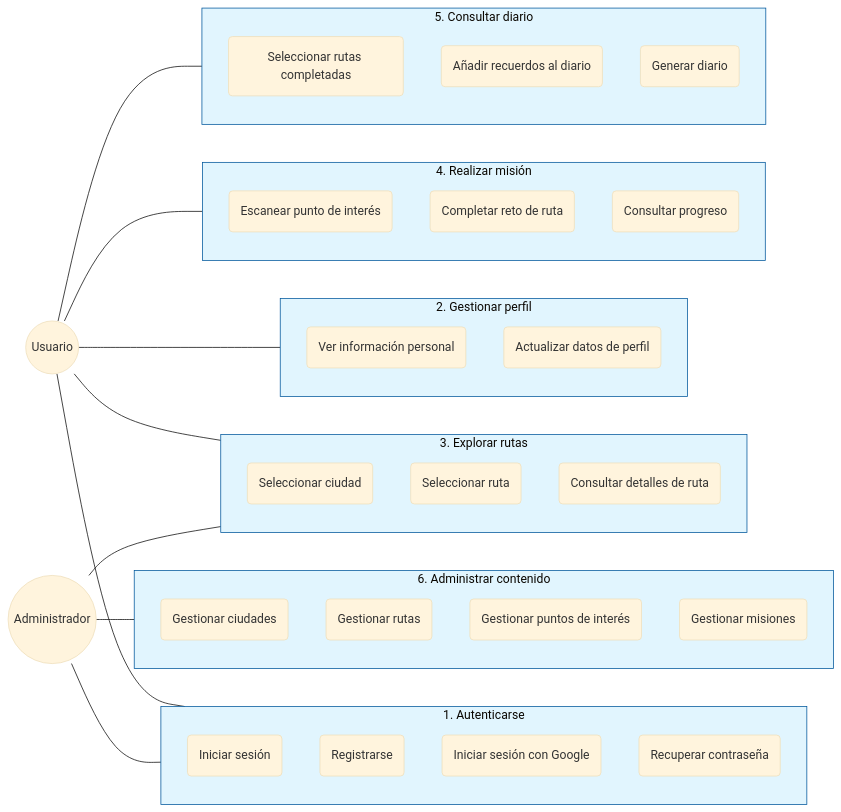
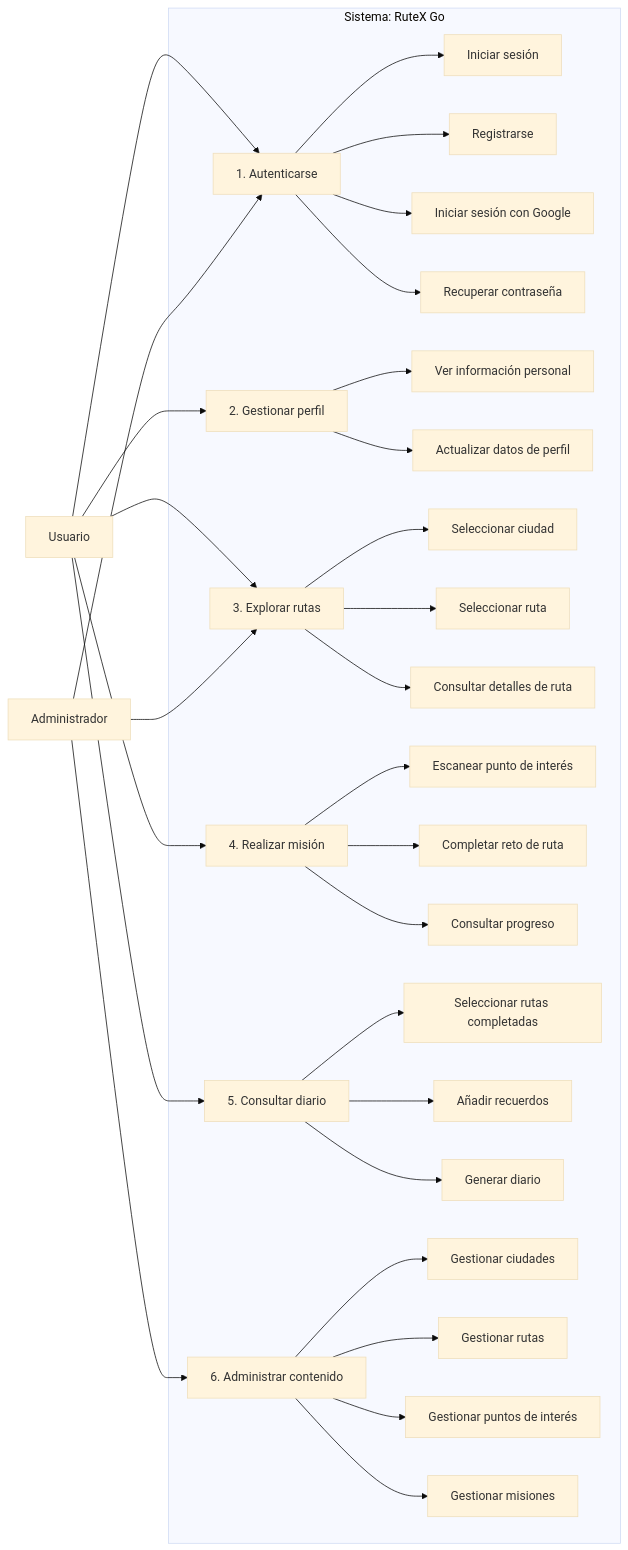
The fourth of 4 diagrams in diagrama secuencia.md (TurisTechTeam-Dev/rutexgo-assets), drawn with Mermaid (base theme) before and after one commit.

Commit message:
Update diagrama secuencia.md

````diff
--- a/diagrama secuencia.md
+++ b/diagrama secuencia.md
@@ -236,70 +236,58 @@
 ```mermaid
-graph LR
+flowchart LR
     %% Definición de Actores
-    Usuario((Usuario))
-    Admin((Administrador))
+    User[Usuario]
+    Admin[Administrador]
 
-    %% Definición de Secciones (Subgraphs para agrupar)
-    subgraph UC1 [1. Autenticarse]
-        direction TB
-        A1(Iniciar sesión)
-        A2(Registrarse)
-        A3(Iniciar sesión con Google)
-        A4(Recuperar contraseña)
+    %% Estructura de Casos de Uso
+    subgraph Sistema [Sistema: RuteX Go]
+        
+        %% 1. Autenticarse
+        U1[1. Autenticarse]
+        U1 --> S1[Iniciar sesión]
+        U1 --> S2[Registrarse]
+        U1 --> S3[Iniciar sesión con Google]
+        U1 --> S4[Recuperar contraseña]
+
+        %% 2. Gestionar perfil
+        U2[2. Gestionar perfil]
+        U2 --> S5[Ver información personal]
+        U2 --> S6[Actualizar datos de perfil]
+
+        %% 3. Explorar rutas
+        U3[3. Explorar rutas]
+        U3 --> S7[Seleccionar ciudad]
+        U3 --> S8[Seleccionar ruta]
+        U3 --> S9[Consultar detalles de ruta]
+
+        %% 4. Realizar misión
+        U4[4. Realizar misión]
+        U4 --> S10[Escanear punto de interés]
+        U4 --> S11[Completar reto de ruta]
+        U4 --> S12[Consultar progreso]
+
+        %% 5. Consultar diario
+        U5[5. Consultar diario]
+        U5 --> S13[Seleccionar rutas completadas]
+        U5 --> S14[Añadir recuerdos]
+        U5 --> S15[Generar diario]
+
+        %% 6. Administrar contenido
+        U6[6. Administrar contenido]
+        U6 --> S16[Gestionar ciudades]
+        U6 --> S17[Gestionar rutas]
+        U6 --> S18[Gestionar puntos de interés]
+        U6 --> S19[Gestionar misiones]
     end
 
-    subgraph UC2 [2. Gestionar perfil]
-        direction TB
-        B1(Ver información personal)
-        B2(Actualizar datos de perfil)
-    end
+    %% Conexiones con Actores
+    User --> U1
+    User --> U2
+    User --> U3
+    User --> U4
+    User --> U5
 
-    subgraph UC3 [3. Explorar rutas]
-        direction TB
-        C1(Seleccionar ciudad)
-        C2(Seleccionar ruta)
-        C3(Consultar detalles de ruta)
-    end
-
-    subgraph UC4 [4. Realizar misión]
-        direction TB
-        D1(Escanear punto de interés)
-        D2(Completar reto de ruta)
-        D3(Consultar progreso)
-    end
-
-    subgraph UC5 [5. Consultar diario]
-        direction TB
-        E1(Seleccionar rutas completadas)
-        E2(Añadir recuerdos al diario)
-        E3(Generar diario)
-    end
-
-    subgraph UC6 [6. Administrar contenido]
-        direction TB
-        F1(Gestionar ciudades)
-        F2(Gestionar rutas)
-        F3(Gestionar puntos de interés)
-        F4(Gestionar misiones)
-    end
-
-    %% Relaciones Usuario
-    Usuario --- UC1
-    Usuario --- UC2
-    Usuario --- UC3
-    Usuario --- UC4
-    Usuario --- UC5
-
-    %% Relaciones Administrador
-    Admin --- UC1
-    Admin --- UC3
-    Admin --- UC6
-
-    %% Estilos para que se vean más estéticos
-    style UC1 fill:#e1f5fe,stroke:#01579b
-    style UC2 fill:#e1f5fe,stroke:#01579b
-    style UC3 fill:#e1f5fe,stroke:#01579b
-    style UC4 fill:#e1f5fe,stroke:#01579b
-    style UC5 fill:#e1f5fe,stroke:#01579b
-    style UC6 fill:#e1f5fe,stroke:#01579b
+    Admin --> U1
+    Admin --> U3
+    Admin --> U6
 ```
````
